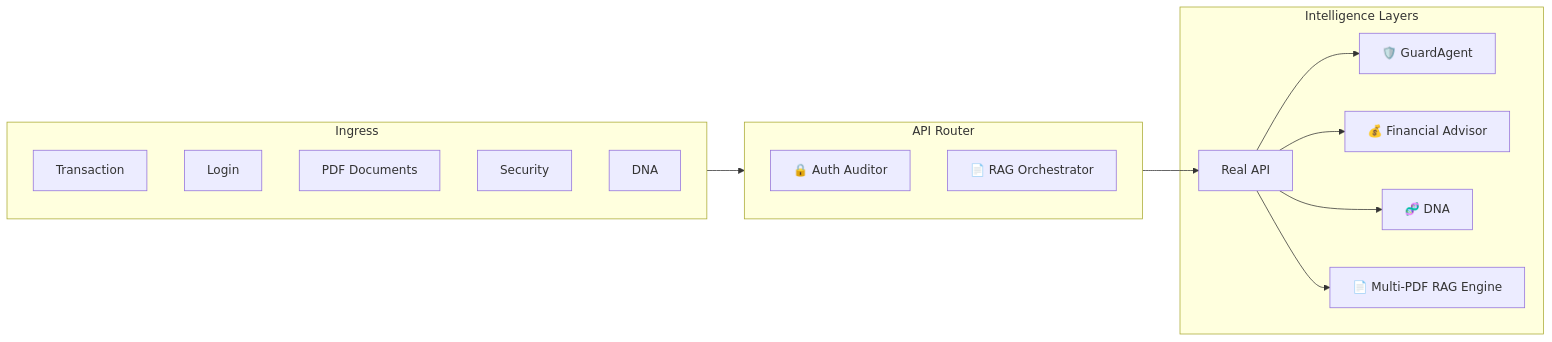
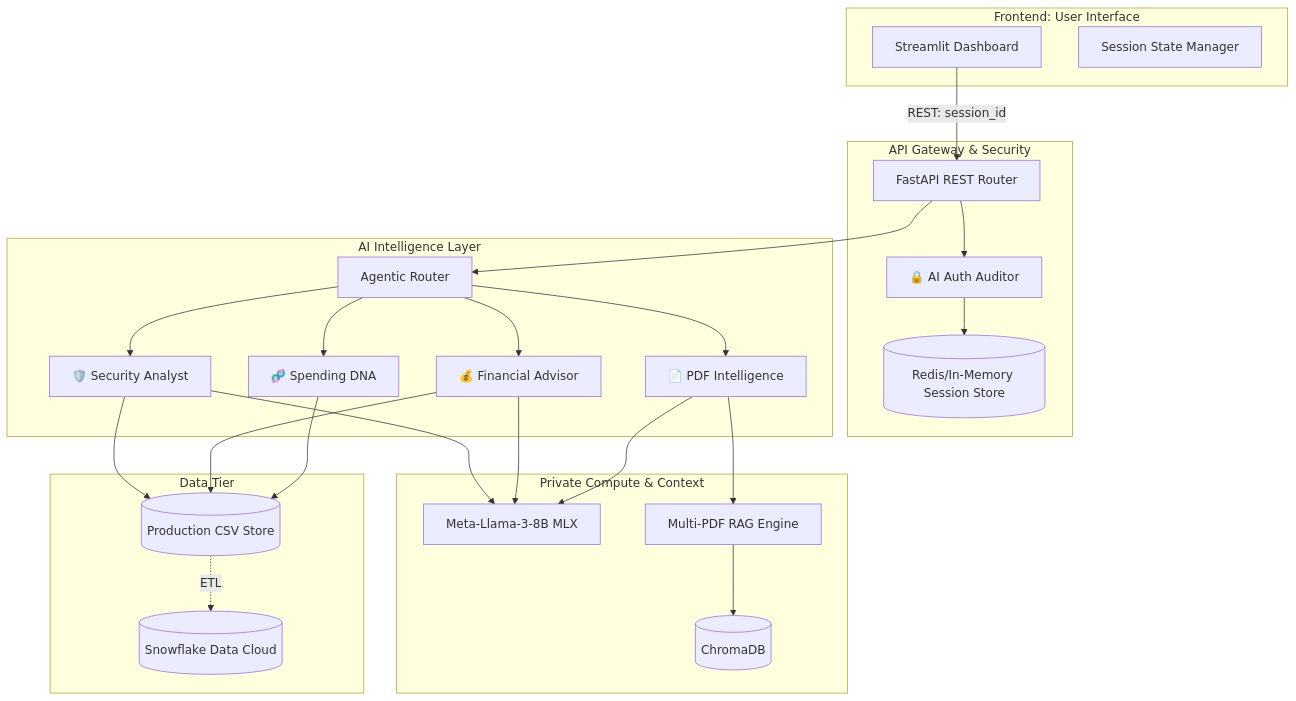
Before and after one commit to ladkrutarth/Hands-On-Week-4: the first of 5 diagrams in README.md, drawn with Mermaid. The commit also changed other lines of this file, not shown here.

Commit message:
docs: Comprehensive production-level architecture overhaul

````diff
--- a/README.md
+++ b/README.md
@@ -41,30 +42,43 @@
 ```mermaid
-flowchart LR
-    subgraph Ingress [Ingress]
-        TxnReq[Transaction]
-        LoginReq[Login]
-        PDFReq[PDF Documents]
-        SecurityReq[Security]
-        DNAReq[DNA]
+graph TD
+    subgraph Client_Layer [Frontend: User Interface]
+        UI[Streamlit Dashboard]
+        Session[Session State Manager]
     end
 
-    subgraph Router [API Router]
-        AuthAuditor[🔒 Auth Auditor]
-        RAGRouter[📄 RAG Orchestrator]
+    subgraph API_Gateway [API Gateway & Security]
+        FastAPI[FastAPI REST Router]
+        AuthA[🔒 AI Auth Auditor]
+        SessionStore[(Redis/In-Memory Session Store)]
     end
 
-    subgraph Real [Intelligence Layers]
-        RealAPI[Real API]
-        GuardAgent[🛡️ GuardAgent]
-        FinAdvisor[💰 Financial Advisor]
-        DNA[🧬 DNA]
-        LocalRAG[📄 Multi-PDF RAG Engine]
+    subgraph Intelligence_Orchestrator [AI Intelligence Layer]
+        Router[Agentic Router]
+        SecAgent[🛡️ Security Analyst]
+        FinAgent[💰 Financial Advisor]
+        PDFAgent[📄 PDF Intelligence]
+        DNAAgent[🧬 Spending DNA]
     end
 
-    Ingress --> Router
-    Router --> RealAPI
-    RealAPI --> GuardAgent
-    RealAPI --> FinAdvisor
-    RealAPI --> DNA
-    RealAPI --> LocalRAG
+    subgraph Memory_Compute [Private Compute & Context]
+        LLM[Meta-Llama-3-8B MLX]
+        RAG[Multi-PDF RAG Engine]
+        VectorDB[(ChromaDB)]
+    end
+
+    subgraph Persistence [Data Tier]
+        Snowflake[(Snowflake Data Cloud)]
+        LocalCSV[(Production CSV Store)]
+    end
+
+    UI -->|REST: session_id| FastAPI
+    FastAPI --> AuthA
+    AuthA --> SessionStore
+    FastAPI --> Router
+    Router --> SecAgent & FinAgent & PDFAgent & DNAAgent
+    SecAgent & FinAgent & PDFAgent --> LLM
+    PDFAgent --> RAG
+    RAG --> VectorDB
+    SecAgent & FinAgent & DNAAgent --> LocalCSV
+    LocalCSV -.->|ETL| Snowflake
 ```
````
